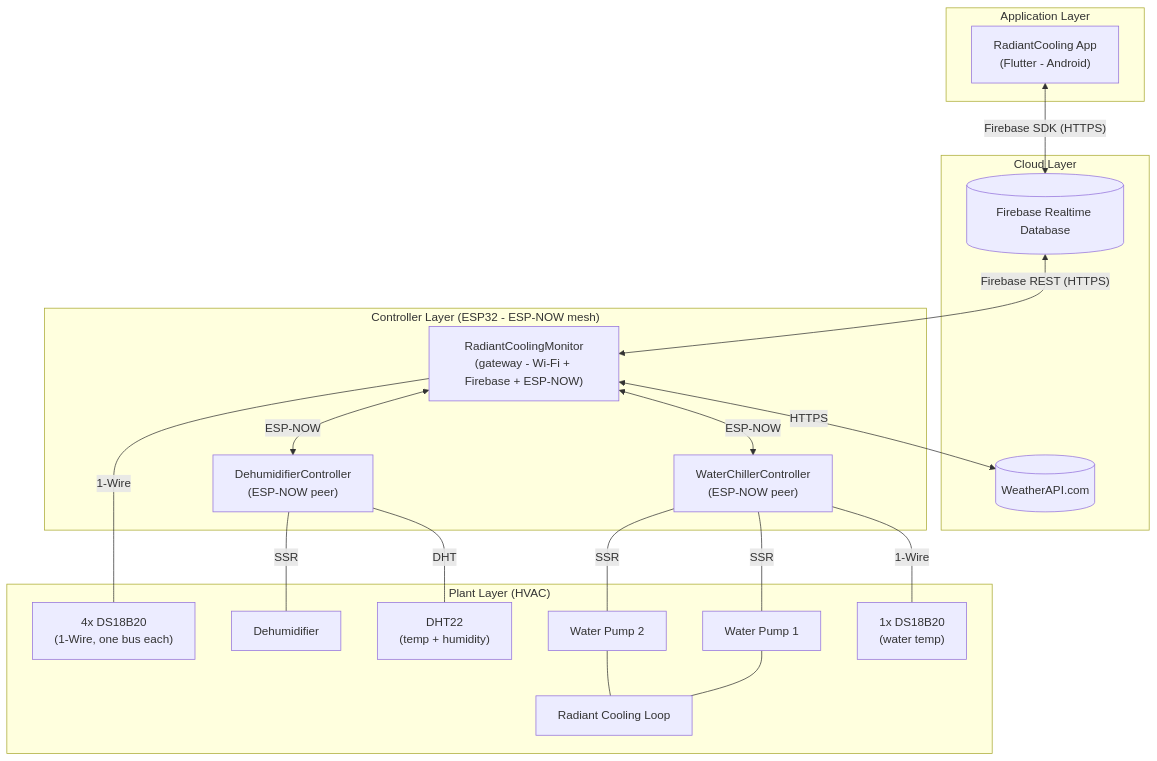
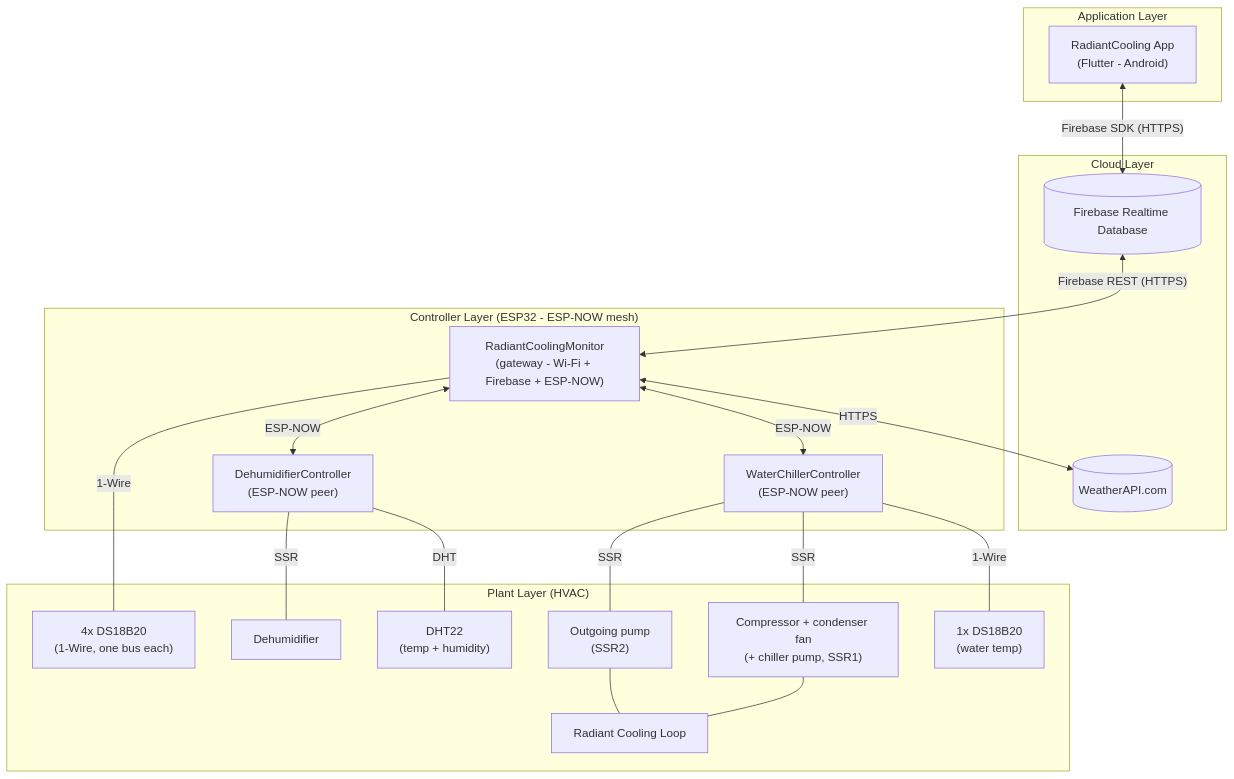
The diagram in docs/diagrams/system-architecture.md (qppd/radiant-cooling), drawn with Mermaid before and after one commit. The commit also changed other lines of this file and 17 other files, not shown here.

````diff
--- a/docs/diagrams/system-architecture.md
+++ b/docs/diagrams/system-architecture.md
@@ -26,44 +26,44 @@
 ```mermaid
 flowchart TB
     subgraph APP["Application Layer"]
         UI["RadiantCooling App<br/>(Flutter - Android)"]
     end
 
     subgraph CLOUD["Cloud Layer"]
         FB[("Firebase Realtime Database")]
         WX[("WeatherAPI.com")]
     end
 
     subgraph CTRL["Controller Layer (ESP32 - ESP-NOW mesh)"]
         GW["RadiantCoolingMonitor<br/>(gateway - Wi-Fi + Firebase + ESP-NOW)"]
         WCC["WaterChillerController<br/>(ESP-NOW peer)"]
         DHC["DehumidifierController<br/>(ESP-NOW peer)"]
     end
 
     subgraph PLANT["Plant Layer (HVAC)"]
         T6["4x DS18B20<br/>(1-Wire, one bus each)"]
         T1["1x DS18B20<br/>(water temp)"]
         DHT["DHT22<br/>(temp + humidity)"]
-        P1["Water Pump 1"]
-        P2["Water Pump 2"]
+        P1["Compressor + condenser fan<br/>(+ chiller pump, SSR1)"]
+        P2["Outgoing pump<br/>(SSR2)"]
         DH["Dehumidifier"]
         LOOP["Radiant Cooling Loop"]
     end
 
     UI <-->|"Firebase SDK (HTTPS)"| FB
     FB <-->|"Firebase REST (HTTPS)"| GW
     GW <-->|"HTTPS"| WX
 
     GW <-->|"ESP-NOW"| WCC
     GW <-->|"ESP-NOW"| DHC
 
     GW ---|"1-Wire"| T6
     WCC ---|"1-Wire"| T1
     WCC ---|"SSR"| P1
     WCC ---|"SSR"| P2
     DHC ---|"DHT"| DHT
     DHC ---|"SSR"| DH
 
     P1 --- LOOP
     P2 --- LOOP
 ```
````
